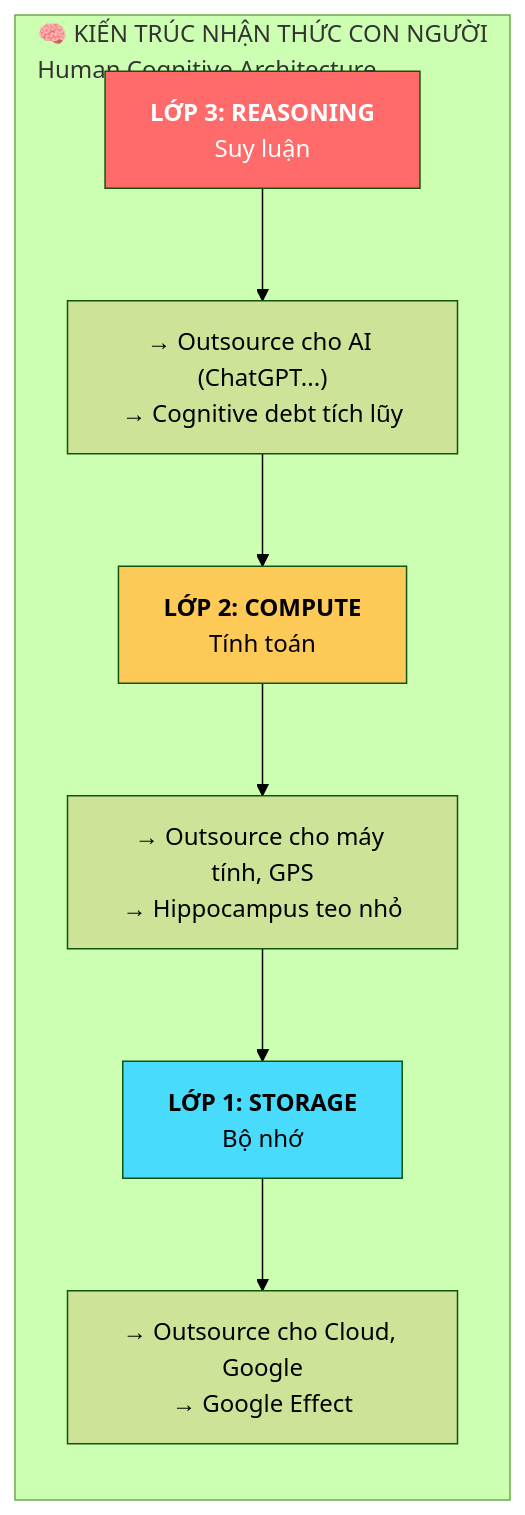
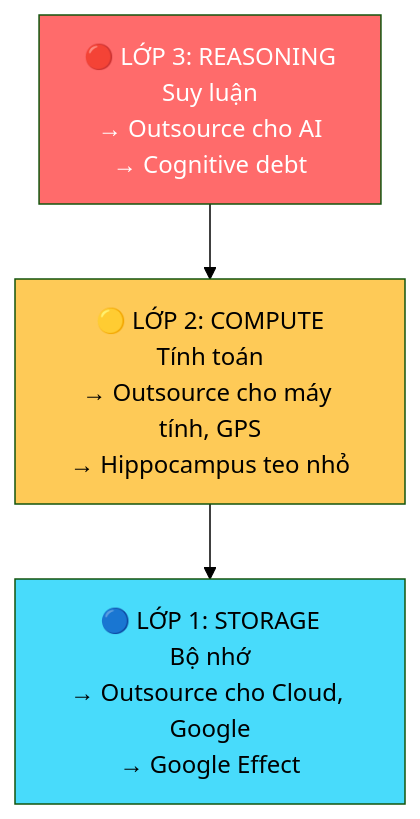
Before and after one commit to dyukahi/knowledge: the first of 2 diagrams in mental-models/Bộ Não Rỗng và AI Brain Rot.md, drawn with Mermaid (forest theme). The commit also changed other lines of this file, not shown here.

Commit message:
Fix Mermaid diagrams: simpler, cleaner layout

````diff
--- a/mental-models/Bộ Não Rỗng và AI Brain Rot.md
+++ b/mental-models/Bộ Não Rỗng và AI Brain Rot.md
@@ -47,25 +47,12 @@
 ```mermaid
 flowchart TB
-    subgraph brain["🧠 KIẾN TRÚC NHẬN THỨC CON NGƯỜI<br/>Human Cognitive Architecture"]
-        direction TB
-        
-        L3["<b>LỚP 3: REASONING</b><br/>Suy luận"]
-        L3_detail["→ Outsource cho AI (ChatGPT...)<br/>→ Cognitive debt tích lũy"]
-        
-        L2["<b>LỚP 2: COMPUTE</b><br/>Tính toán"]
-        L2_detail["→ Outsource cho máy tính, GPS<br/>→ Hippocampus teo nhỏ"]
-        
-        L1["<b>LỚP 1: STORAGE</b><br/>Bộ nhớ"]
-        L1_detail["→ Outsource cho Cloud, Google<br/>→ Google Effect"]
-        
-        L3 --> L3_detail
-        L3_detail --> L2
-        L2 --> L2_detail
-        L2_detail --> L1
-        L1 --> L1_detail
-    end
+    L3["🔴 LỚP 3: REASONING<br/>Suy luận<br/>→ Outsource cho AI<br/>→ Cognitive debt"]
+    L2["🟡 LỚP 2: COMPUTE<br/>Tính toán<br/>→ Outsource cho máy tính, GPS<br/>→ Hippocampus teo nhỏ"]
+    L1["🔵 LỚP 1: STORAGE<br/>Bộ nhớ<br/>→ Outsource cho Cloud, Google<br/>→ Google Effect"]
+    
+    L3 --> L2 --> L1
     
     style L3 fill:#ff6b6b,color:#fff
     style L2 fill:#feca57,color:#000
     style L1 fill:#48dbfb,color:#000
 ```
````
